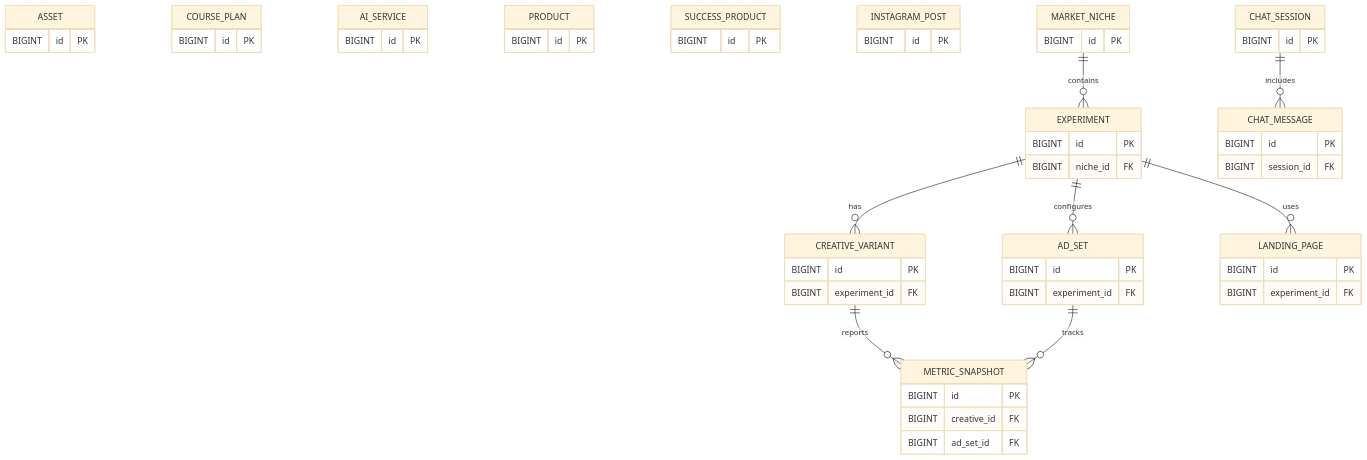
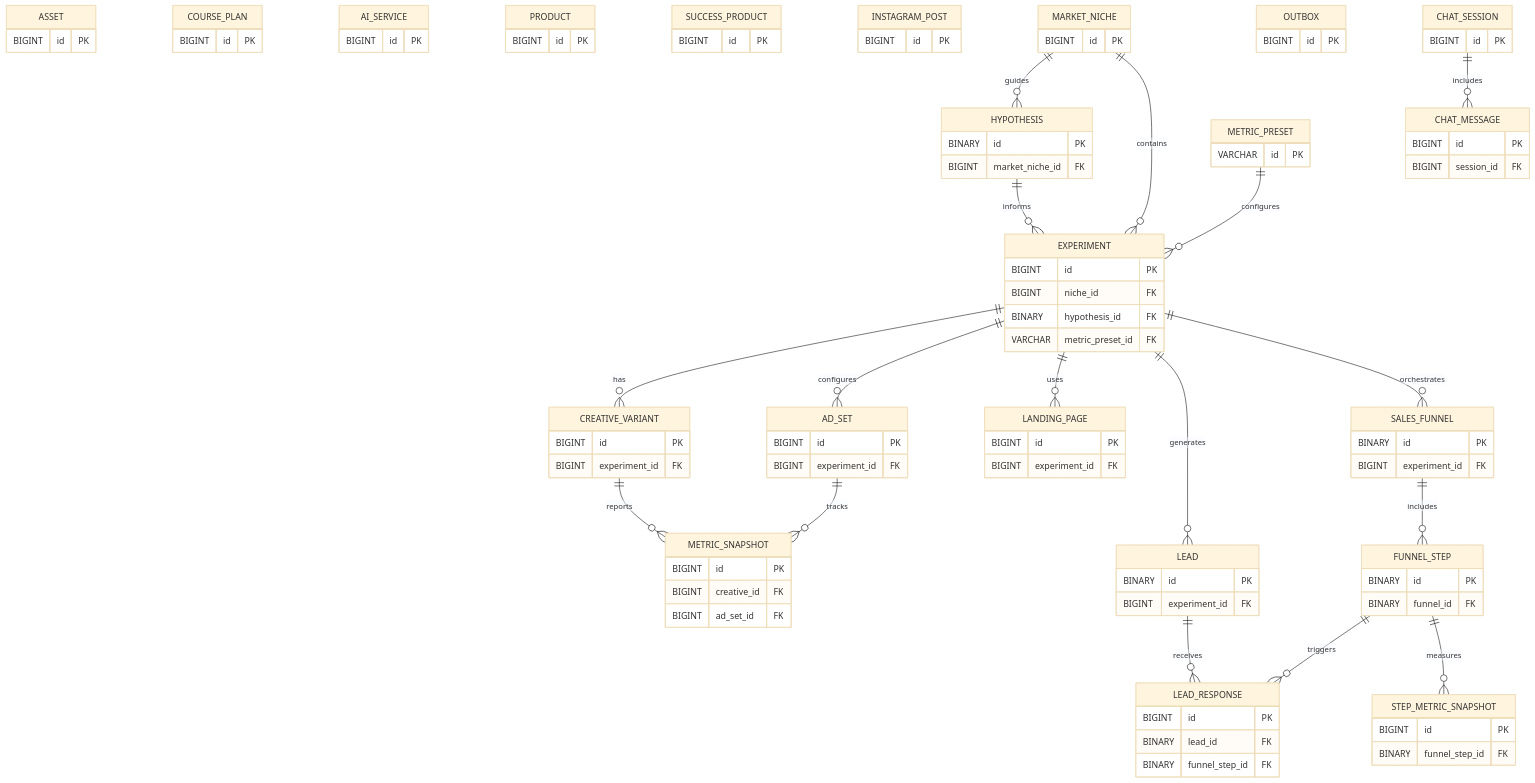
One commit to paulofor/marketing-hub changed the diagram in docs/data-model.md. Above: the diagram before and after it, drawn with Mermaid (base theme). The commit also changed other lines of this file, not shown here.

````diff
--- a/docs/data-model.md
+++ b/docs/data-model.md
@@ -219,9 +308,15 @@
     MARKET_NICHE {
         BIGINT id PK
     }
+    HYPOTHESIS {
+        BINARY id PK
+        BIGINT market_niche_id FK
+    }
     EXPERIMENT {
         BIGINT id PK
         BIGINT niche_id FK
+        BINARY hypothesis_id FK
+        VARCHAR metric_preset_id FK
     }
     CREATIVE_VARIANT {
         BIGINT id PK
@@ -240,6 +335,13 @@
         BIGINT id PK
         BIGINT experiment_id FK
     }
+    LEAD {
+        BINARY id PK
+        BIGINT experiment_id FK
+    }
+    OUTBOX {
+        BIGINT id PK
+    }
     CHAT_SESSION {
         BIGINT id PK
     }
@@ -247,12 +349,41 @@
         BIGINT id PK
         BIGINT session_id FK
     }
+    SALES_FUNNEL {
+        BINARY id PK
+        BIGINT experiment_id FK
+    }
+    FUNNEL_STEP {
+        BINARY id PK
+        BINARY funnel_id FK
+    }
+    LEAD_RESPONSE {
+        BIGINT id PK
+        BINARY lead_id FK
+        BINARY funnel_step_id FK
+    }
+    STEP_METRIC_SNAPSHOT {
+        BIGINT id PK
+        BINARY funnel_step_id FK
+    }
+    METRIC_PRESET {
+        VARCHAR id PK
+    }
 
+    MARKET_NICHE ||--o{ HYPOTHESIS : guides
+    HYPOTHESIS ||--o{ EXPERIMENT : informs
     MARKET_NICHE ||--o{ EXPERIMENT : contains
     EXPERIMENT ||--o{ CREATIVE_VARIANT : has
     EXPERIMENT ||--o{ AD_SET : configures
     EXPERIMENT ||--o{ LANDING_PAGE : uses
+    EXPERIMENT ||--o{ LEAD : generates
+    EXPERIMENT ||--o{ SALES_FUNNEL : orchestrates
+    SALES_FUNNEL ||--o{ FUNNEL_STEP : includes
+    FUNNEL_STEP ||--o{ LEAD_RESPONSE : triggers
+    LEAD ||--o{ LEAD_RESPONSE : receives
+    FUNNEL_STEP ||--o{ STEP_METRIC_SNAPSHOT : measures
     CREATIVE_VARIANT ||--o{ METRIC_SNAPSHOT : reports
     AD_SET ||--o{ METRIC_SNAPSHOT : tracks
+    METRIC_PRESET ||--o{ EXPERIMENT : configures
     CHAT_SESSION ||--o{ CHAT_MESSAGE : includes
 ```
````
